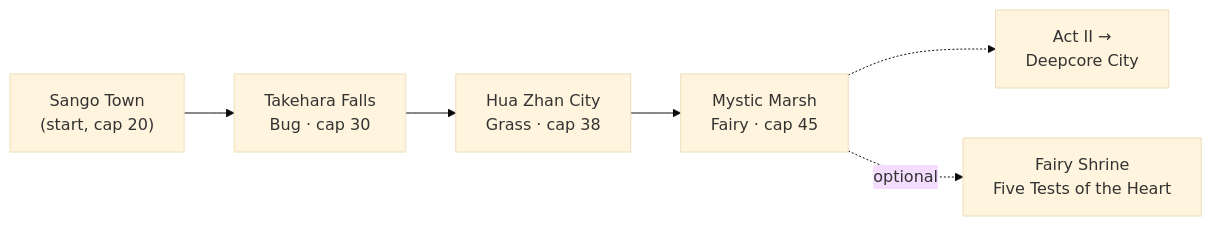
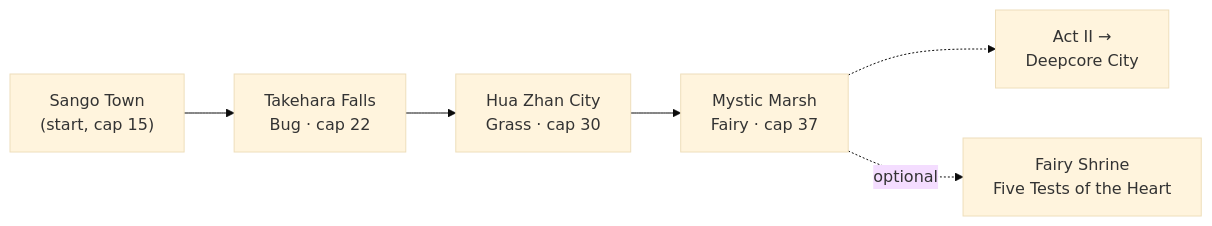
Before and after one commit to The-Company-Inc-Nerds/the-cobblemon-initiative: the diagram in wiki/Guidebook-Act-I.md, drawn with Mermaid (base theme). The commit also changed other lines of this file and 456 other files, not shown here.

````diff
--- a/wiki/Guidebook-Act-I.md
+++ b/wiki/Guidebook-Act-I.md
@@ -25,8 +25,8 @@
 ```mermaid
 flowchart LR
-    S["Sango Town<br/>(start, cap 20)"] --> T["Takehara Falls<br/>Bug · cap 30"]
-    T --> H["Hua Zhan City<br/>Grass · cap 38"]
-    H --> M["Mystic Marsh<br/>Fairy · cap 45"]
+    S["Sango Town<br/>(start, cap 15)"] --> T["Takehara Falls<br/>Bug · cap 22"]
+    T --> H["Hua Zhan City<br/>Grass · cap 30"]
+    H --> M["Mystic Marsh<br/>Fairy · cap 37"]
     M -.-> A2["Act II →<br/>Deepcore City"]
     M -.optional.-> FS["Fairy Shrine<br/>Five Tests of the Heart"]
 ```
````
